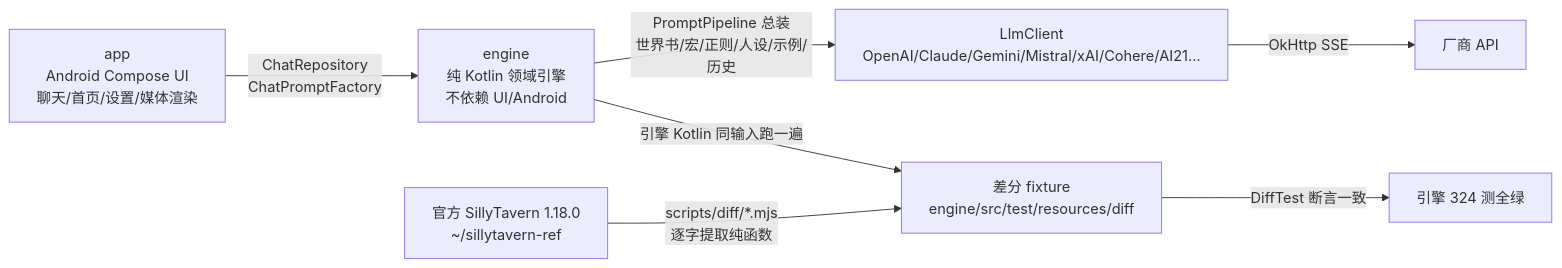
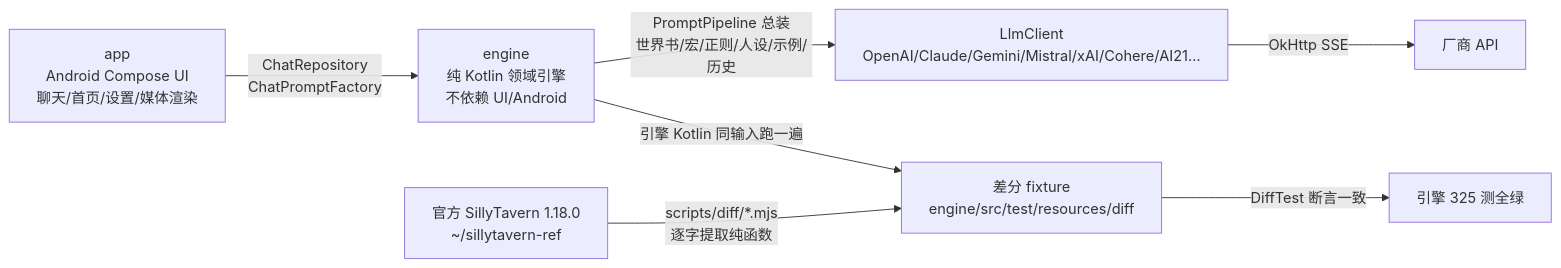
Before and after one commit to heikeyangle-code/ember-inn: the diagram in docs/HANDOFF.md, drawn with Mermaid. The commit also changed other lines of this file and 9 other files, not shown here.

````diff
--- a/docs/HANDOFF.md
+++ b/docs/HANDOFF.md
@@ -7,9 +7,9 @@
 ```mermaid
 flowchart LR
  A[app<br/>Android Compose UI<br/>聊天/首页/设置/媒体渲染] -->|ChatRepository<br/>ChatPromptFactory| B[engine<br/>纯 Kotlin 领域引擎<br/>不依赖 UI/Android]
  B -->|PromptPipeline 总装<br/>世界书/宏/正则/人设/示例/历史| C[LlmClient<br/>OpenAI/Claude/Gemini/Mistral/xAI/Cohere/AI21…]
  C -->|OkHttp SSE| D[厂商 API]
  E[官方 SillyTavern 1.18.0<br/>~/sillytavern-ref] -->|scripts/diff/*.mjs<br/>逐字提取纯函数| F[差分 fixture<br/>engine/src/test/resources/diff]
  B -->|引擎 Kotlin 同输入跑一遍| F
- F -->|DiffTest 断言一致| G[引擎 324 测全绿]
+ F -->|DiffTest 断言一致| G[引擎 325 测全绿]
 ```
````
